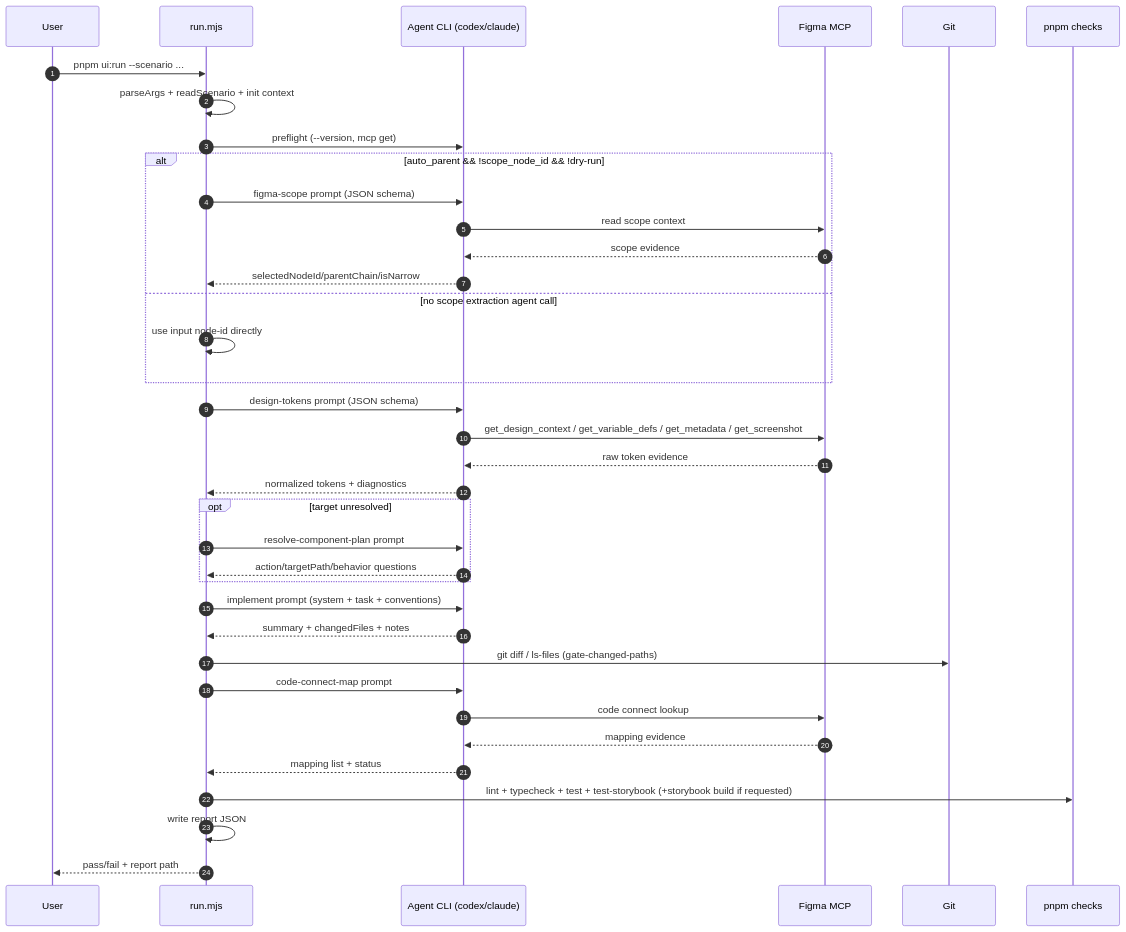
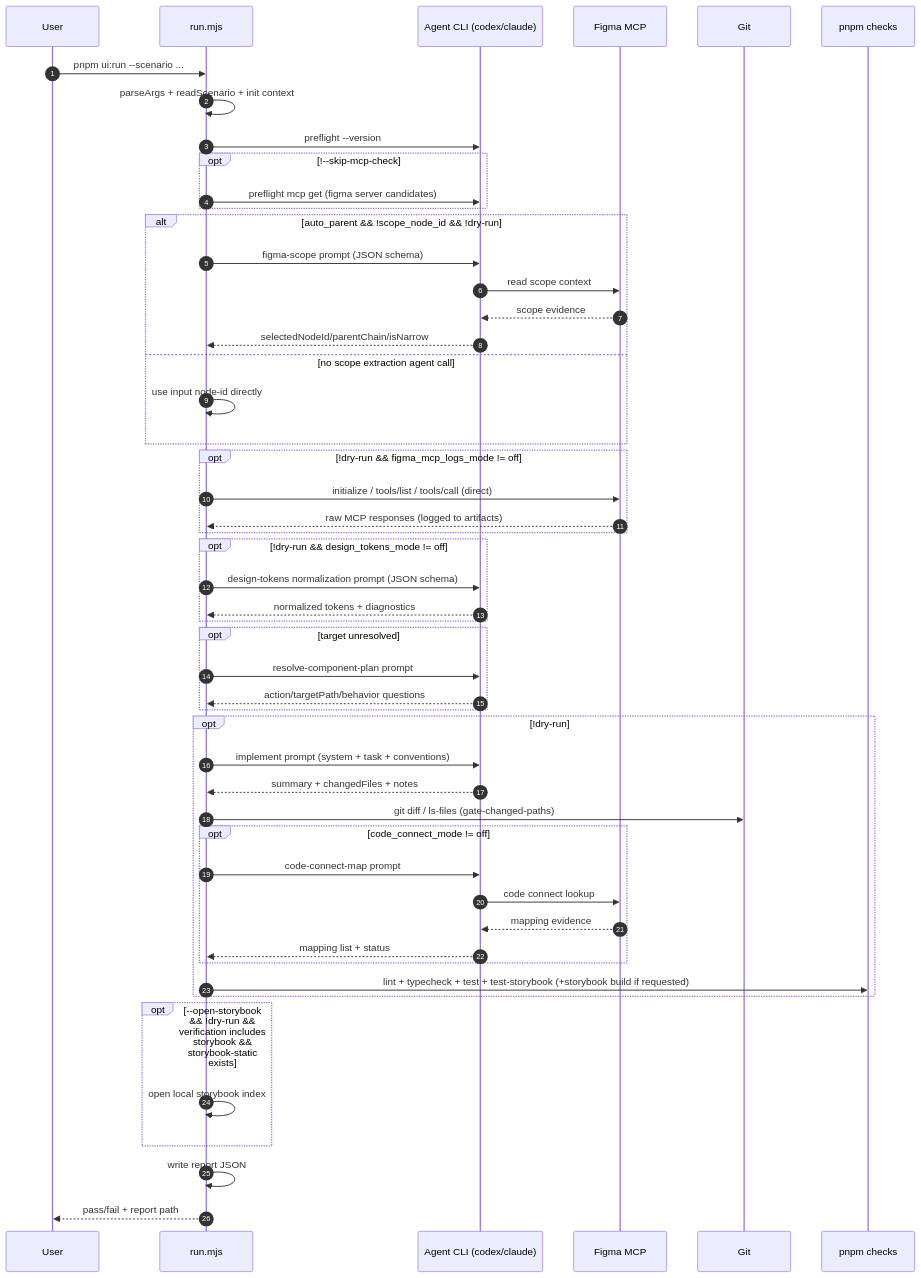
Before and after one commit to TEAM-HOUME/HOUME-CLIENT: the second of 4 diagrams in orchestration/ui-components/README.md, drawn with Mermaid. The commit also changed other lines of this file and 7 other files, not shown here.

````diff
--- a/orchestration/ui-components/README.md
+++ b/orchestration/ui-components/README.md
@@ -105,47 +112,65 @@
 ```mermaid
 sequenceDiagram
   autonumber
   participant U as User
   participant R as run.mjs
   participant A as Agent CLI (codex/claude)
   participant M as Figma MCP
   participant G as Git
   participant P as pnpm checks
 
   U->>R: pnpm ui:run --scenario ...
   R->>R: parseArgs + readScenario + init context
-  R->>A: preflight (--version, mcp get)
+  R->>A: preflight --version
+
+  opt !--skip-mcp-check
+    R->>A: preflight mcp get (figma server candidates)
+  end
 
   alt auto_parent && !scope_node_id && !dry-run
     R->>A: figma-scope prompt (JSON schema)
     A->>M: read scope context
     M-->>A: scope evidence
     A-->>R: selectedNodeId/parentChain/isNarrow
   else no scope extraction agent call
     R->>R: use input node-id directly
   end
 
-  R->>A: design-tokens prompt (JSON schema)
-  A->>M: get_design_context / get_variable_defs / get_metadata / get_screenshot
-  M-->>A: raw token evidence
-  A-->>R: normalized tokens + diagnostics
+  opt !dry-run && figma_mcp_logs_mode != off
+    R->>M: initialize / tools/list / tools/call (direct)
+    M-->>R: raw MCP responses (logged to artifacts)
+  end
+
+  opt !dry-run && design_tokens_mode != off
+    R->>A: design-tokens normalization prompt (JSON schema)
+    A-->>R: normalized tokens + diagnostics
+  end
 
   opt target unresolved
     R->>A: resolve-component-plan prompt
     A-->>R: action/targetPath/behavior questions
   end
 
-  R->>A: implement prompt (system + task + conventions)
-  A-->>R: summary + changedFiles + notes
+  opt !dry-run
+    R->>A: implement prompt (system + task + conventions)
+    A-->>R: summary + changedFiles + notes
 
-  R->>G: git diff / ls-files (gate-changed-paths)
+    R->>G: git diff / ls-files (gate-changed-paths)
 
-  R->>A: code-connect-map prompt
-  A->>M: code connect lookup
-  M-->>A: mapping evidence
-  A-->>R: mapping list + status
+    opt code_connect_mode != off
+      R->>A: code-connect-map prompt
+      A->>M: code connect lookup
+      M-->>A: mapping evidence
+      A-->>R: mapping list + status
+    end
 
-  R->>P: lint + typecheck + test + test-storybook (+storybook build if requested)
+    R->>P: lint + typecheck + test + test-storybook (+storybook build if requested)
+  end
+
+  opt --open-storybook && !dry-run && verification includes storybook && storybook-static exists
+    R->>R: open local storybook index
+  end
+
   R->>R: write report JSON
   R-->>U: pass/fail + report path
 ```
````
